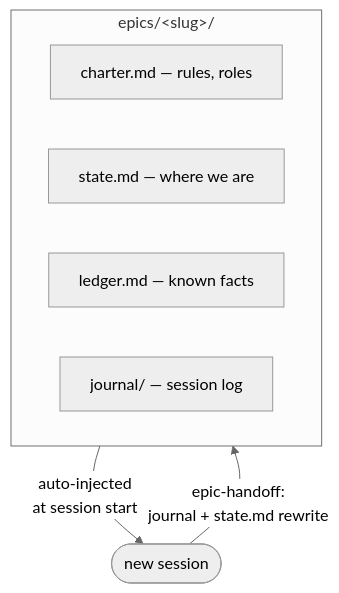
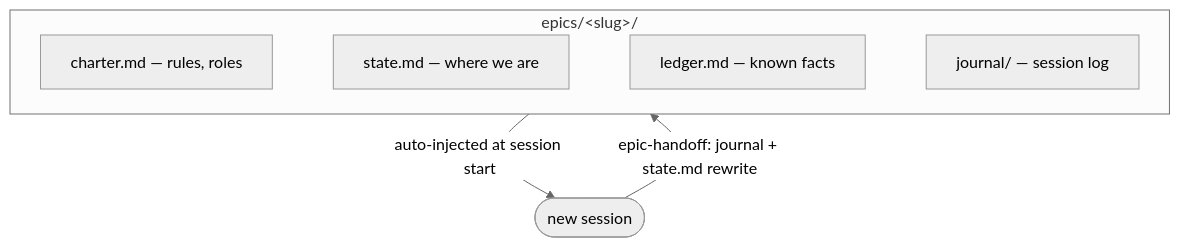
One commit to den2207/epic-tree changed the second of 3 diagrams in README.md. Above: the diagram before and after it, drawn with Mermaid (neutral theme). The commit also changed other lines of this file, not shown here.

Commit message:
docs: unified mermaid init (spacing) across all diagrams; compact file column via invisible links

````diff
--- a/README.md
+++ b/README.md
@@ -37,11 +38,10 @@
 ```mermaid
+%%{init: {"flowchart": {"nodeSpacing": 30, "rankSpacing": 36}}}%%
 flowchart TD
     subgraph epic ["epics/&lt;slug&gt;/"]
-        C["charter.md — rules, roles"]
-        ST["state.md — where we are"]
-        L["ledger.md — known facts"]
-        J["journal/ — session log"]
+        C["charter.md — rules, roles"] ~~~ ST["state.md — where we are"]
+        ST ~~~ L["ledger.md — known facts"] ~~~ J["journal/ — session log"]
     end
-    epic -- "auto-injected<br/>at session start" --> S(["new session"])
-    S -- "epic-handoff:<br/>journal + state.md rewrite" --> epic
+    epic -- "auto-injected at session start" --> S(["new session"])
+    S -- "epic-handoff: journal + state.md rewrite" --> epic
 ```
````
